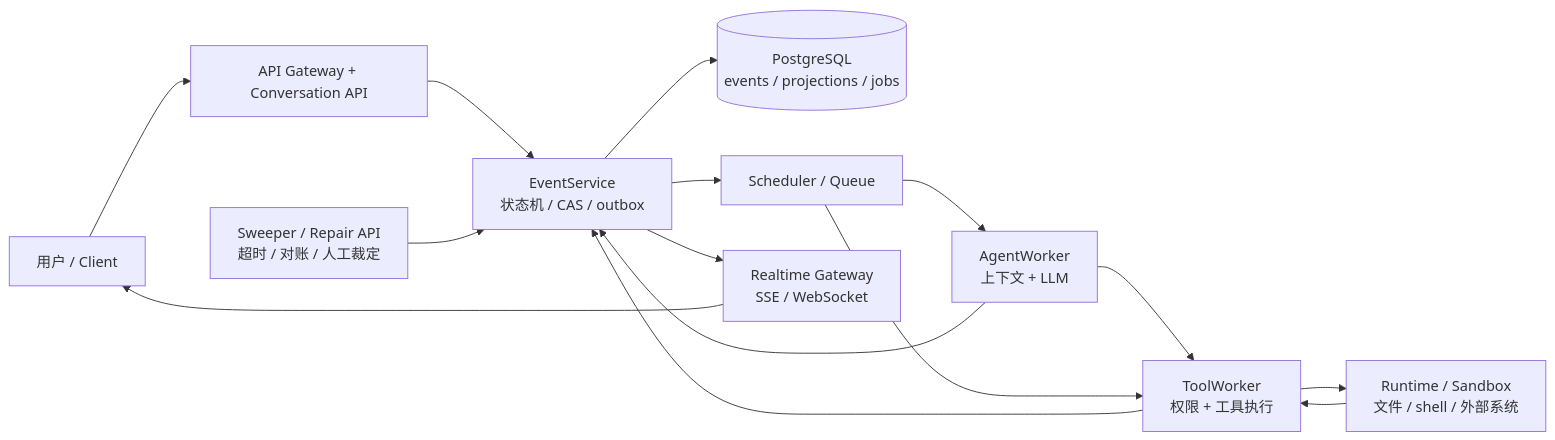
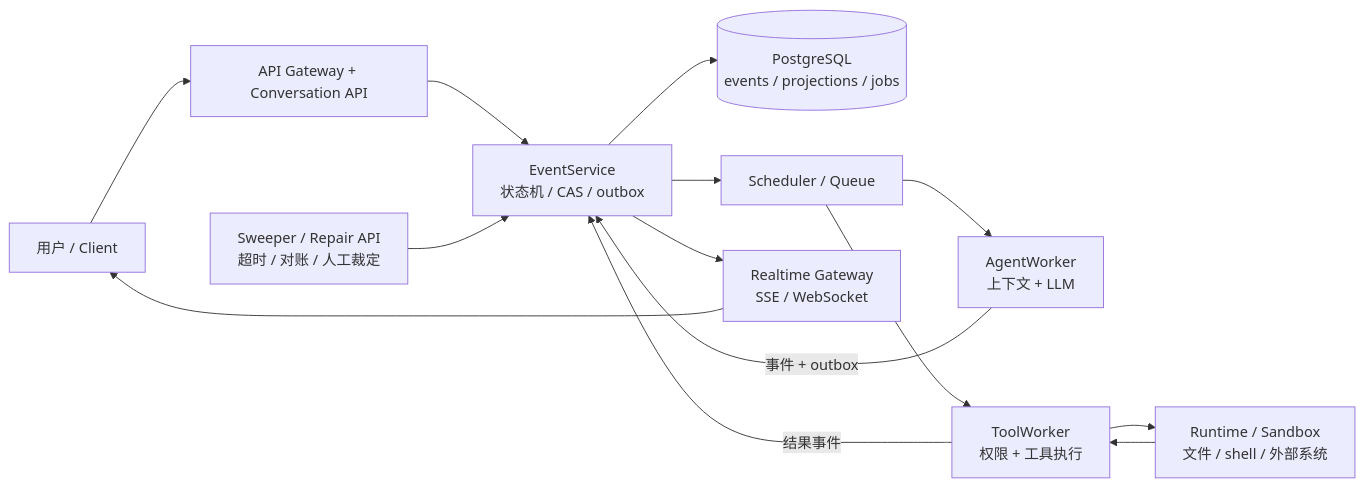
The first of 4 diagrams in docs/end-to-end-flow.md (erweixin/langshift.dev), drawn with Mermaid before and after one commit. The commit also changed other lines of this file and 10 other files, not shown here.

Commit message:
Update documentation to clarify LLM handler contracts, enhance capacity and scaling descriptions, and refine state machine definitions. Adjust references to user and conversation load metrics, and improve guidelines for memory document deletion and real-time token flow management.

````diff
--- a/docs/end-to-end-flow.md
+++ b/docs/end-to-end-flow.md
@@ -24,21 +24,23 @@
 ```mermaid
 flowchart LR
   User["用户 / Client"]
   API["API Gateway + Conversation API"]
   ES["EventService<br/>状态机 / CAS / outbox"]
   DB[("PostgreSQL<br/>events / projections / jobs")]
   Queue["Scheduler / Queue"]
   Agent["AgentWorker<br/>上下文 + LLM"]
   Tool["ToolWorker<br/>权限 + 工具执行"]
   Runtime["Runtime / Sandbox<br/>文件 / shell / 外部系统"]
   RT["Realtime Gateway<br/>SSE / WebSocket"]
   Sweep["Sweeper / Repair API<br/>超时 / 对账 / 人工裁定"]
 
   User --> API --> ES --> DB
   ES --> Queue
-  Queue --> Agent --> ES
-  Agent --> Tool
-  Queue --> Tool --> Runtime --> Tool --> ES
+  Queue --> Agent
+  Agent -->|"事件 + outbox"| ES
+  Queue --> Tool
+  Tool --> Runtime --> Tool
+  Tool -->|"结果事件"| ES
   ES --> RT --> User
   Sweep --> ES
 ```
````
